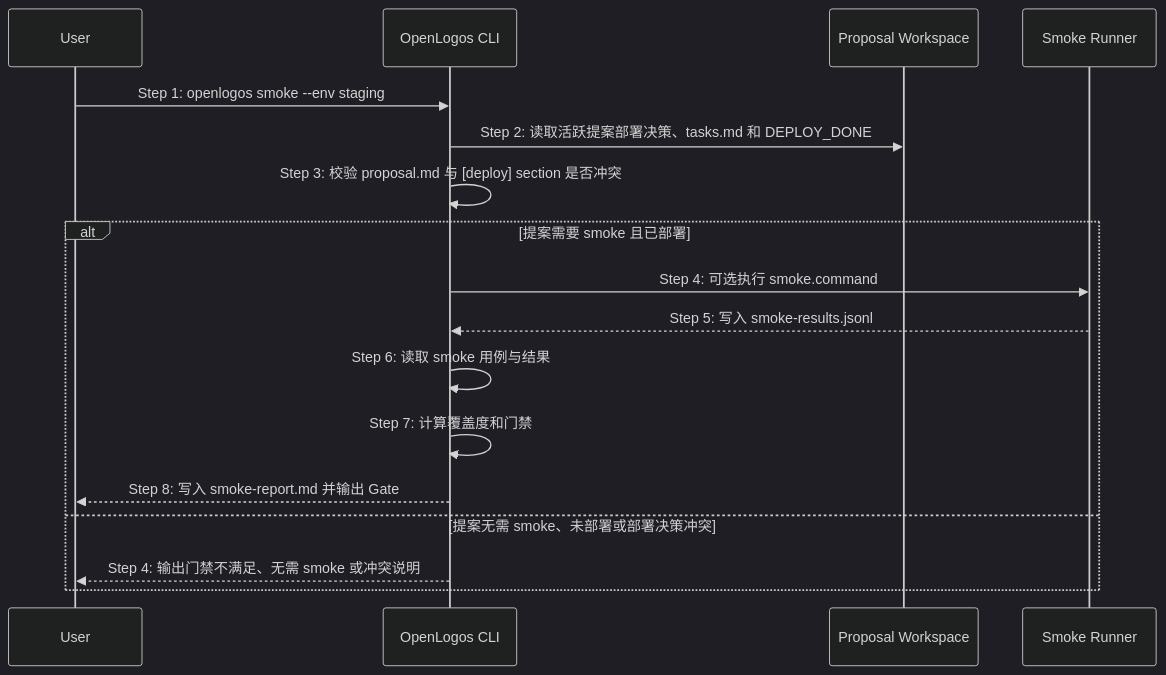
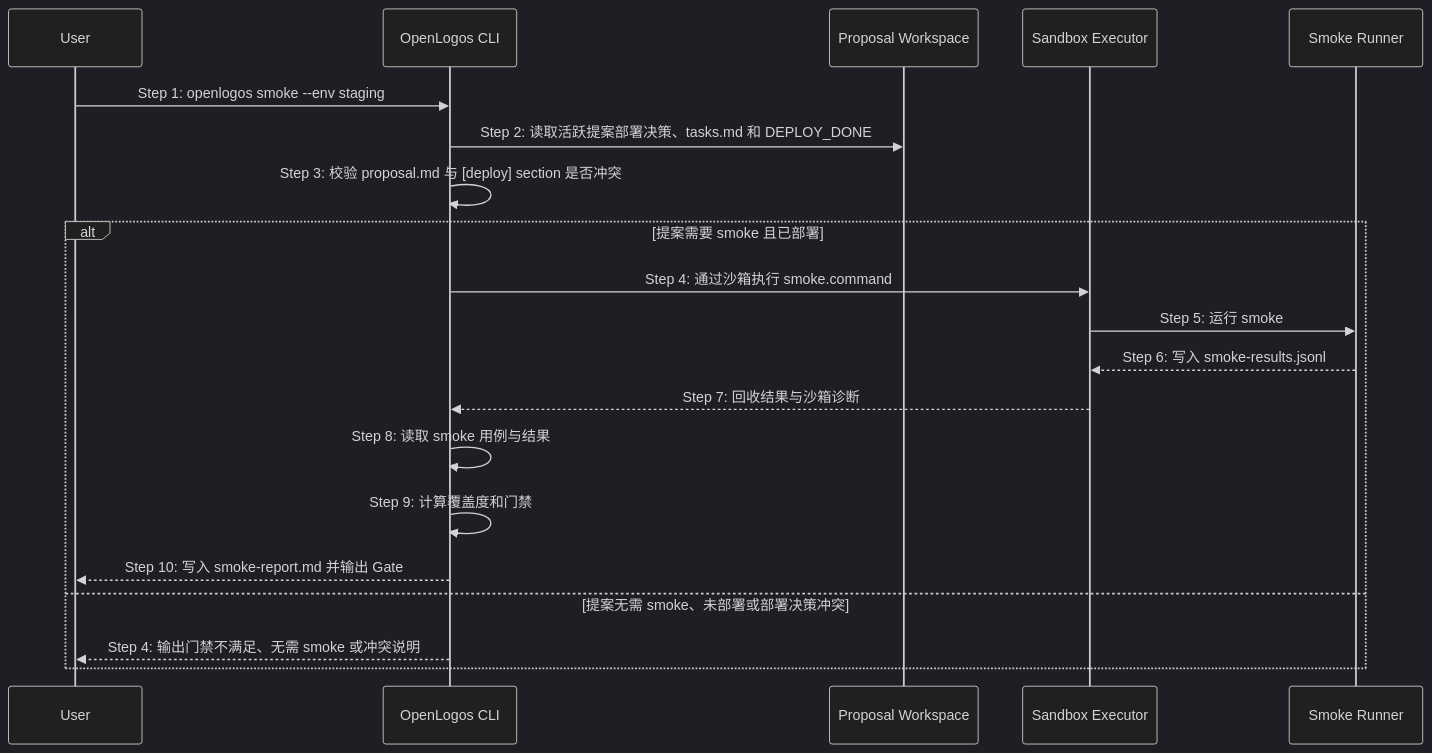
One commit to miniidealab/openlogos changed the diagram in logos/resources/prd/3-technical-plan/2-scenario-implementation/core-S19-smoke-gate.md. Above: the diagram before and after it, drawn with Mermaid (dark theme). The commit also changed other lines of this file and 13 other files, not shown here.

Commit message:
docs(verify-smoke-sandbox-standardization): merge spec deltas

````diff
--- a/logos/resources/prd/3-technical-plan/2-scenario-implementation/core-S19-smoke-gate.md
+++ b/logos/resources/prd/3-technical-plan/2-scenario-implementation/core-S19-smoke-gate.md
@@ -3,20 +3,23 @@
 ```mermaid
 sequenceDiagram
     participant U as User
     participant C as OpenLogos CLI
     participant P as Proposal Workspace
+    participant X as Sandbox Executor
     participant S as Smoke Runner
 
     U->>C: Step 1: openlogos smoke --env staging
     C->>P: Step 2: 读取活跃提案部署决策、tasks.md 和 DEPLOY_DONE
     C->>C: Step 3: 校验 proposal.md 与 [deploy] section 是否冲突
     alt 提案需要 smoke 且已部署
-        C->>S: Step 4: 可选执行 smoke.command
-        S-->>C: Step 5: 写入 smoke-results.jsonl
-        C->>C: Step 6: 读取 smoke 用例与结果
-        C->>C: Step 7: 计算覆盖度和门禁
-        C-->>U: Step 8: 写入 smoke-report.md 并输出 Gate
+        C->>X: Step 4: 通过沙箱执行 smoke.command
+        X->>S: Step 5: 运行 smoke
+        S-->>X: Step 6: 写入 smoke-results.jsonl
+        X-->>C: Step 7: 回收结果与沙箱诊断
+        C->>C: Step 8: 读取 smoke 用例与结果
+        C->>C: Step 9: 计算覆盖度和门禁
+        C-->>U: Step 10: 写入 smoke-report.md 并输出 Gate
     else 提案无需 smoke、未部署或部署决策冲突
         C-->>U: Step 4: 输出门禁不满足、无需 smoke 或冲突说明
     end
 ```
````
